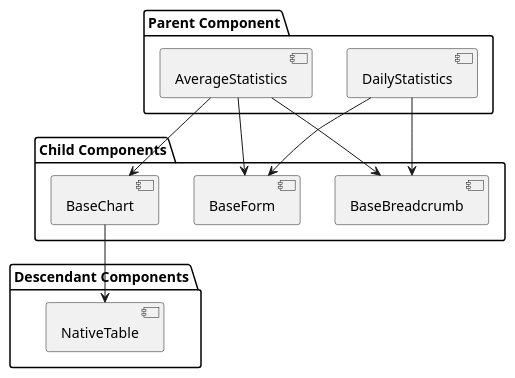
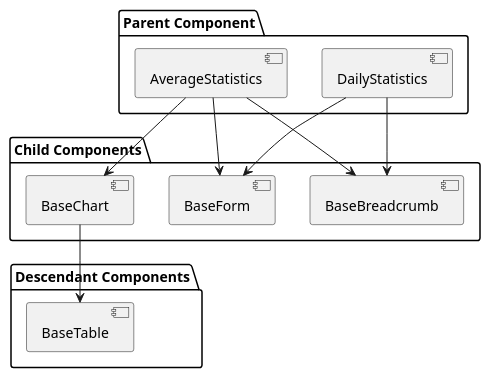
One commit to futurekidult/lis changed the diagram in docs/component-design/statistics.puml. Above: the diagram before and after it, drawn with PlantUML.

Commit message:
refactor: update statistics compoent design

```diff
--- a/docs/component-design/statistics.puml
+++ b/docs/component-design/statistics.puml
@@ -1,26 +1,26 @@
 @startuml
 
 package "Parent Component" {
   [DailyStatistics]
   [AverageStatistics]
 }
 
 package "Child Components" {
   [BaseForm]
   [BaseChart]
   [BaseBreadcrumb]
 }
 
 package "Descendant Components" {
-  [NativeTable]
+  [BaseTable]
 }
 
 [DailyStatistics]            -->       [BaseForm]
 [DailyStatistics]            -->       [BaseBreadcrumb]
 [AverageStatistics]       -->       [BaseForm]
 [AverageStatistics]       -->       [BaseBreadcrumb]
 [AverageStatistics]       -->       [BaseChart]
-[BaseChart]                  -->       [NativeTable]
+[BaseChart]                  -->       [BaseTable]
 
 
 @enduml
```
